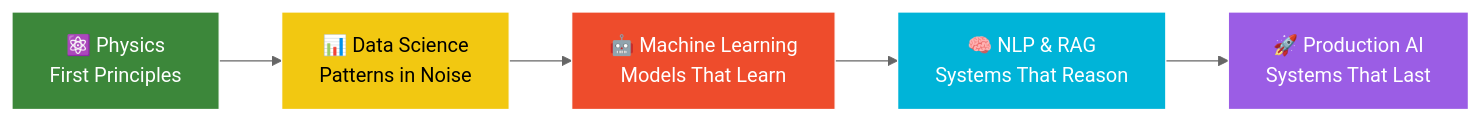
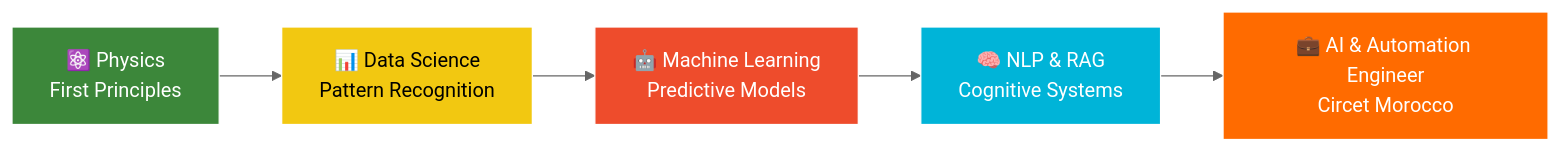
The diagram in README.md (Bosaj/Bosaj), drawn with Mermaid (neutral theme) before and after one commit. The commit also changed other lines of this file, not shown here.

Commit message:
docs(profile): update profile README with Circet Morocco AI & Automation Engineer role and featured projects

````diff
--- a/README.md
+++ b/README.md
@@ -51,12 +49,12 @@
 ```mermaid
 graph LR
-    A[⚛️ Physics<br/>First Principles] --> B[📊 Data Science<br/>Patterns in Noise]
-    B --> C[🤖 Machine Learning<br/>Models That Learn]
-    C --> D[🧠 NLP & RAG<br/>Systems That Reason]
-    D --> E[🚀 Production AI<br/>Systems That Last]
+    A[⚛️ Physics<br/>First Principles] --> B[📊 Data Science<br/>Pattern Recognition]
+    B --> C[🤖 Machine Learning<br/>Predictive Models]
+    C --> D[🧠 NLP & RAG<br/>Cognitive Systems]
+    D --> E[💼 AI & Automation Engineer<br/>Circet Morocco]
     style A fill:#3C873A,stroke:#fff,color:#fff
     style B fill:#F2C811,stroke:#fff,color:#000
     style C fill:#EE4C2C,stroke:#fff,color:#fff
     style D fill:#00B4D8,stroke:#fff,color:#fff
-    style E fill:#9B5DE5,stroke:#fff,color:#fff
+    style E fill:#FF6B00,stroke:#fff,color:#fff
 ```
````
